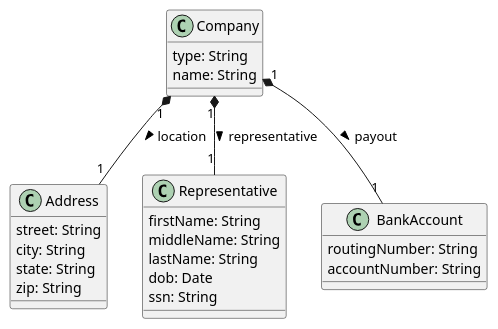
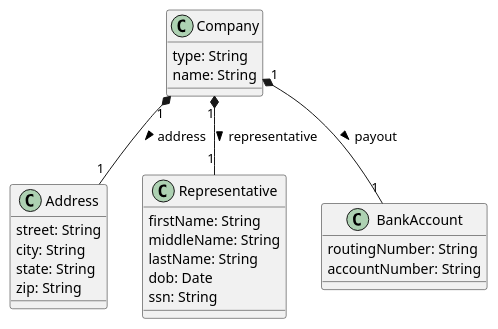
Before and after one commit to Kautenja/UIBankPayoutFlow: the diagram in UML/domain.puml, drawn with PlantUML. The commit also changed 12 other files, not shown here.

```diff
--- a/UML/domain.puml
+++ b/UML/domain.puml
@@ -1,31 +1,31 @@
 @startuml
 
 class Address {
   street: String
   city: String
   state: String
   zip: String
 }
 
 class Representative {
   firstName: String
   middleName: String
   lastName: String
   dob: Date
   ssn: String
 }
 
 class BankAccount {
   routingNumber: String
   accountNumber: String
 }
 
 class Company {
   type: String
   name: String
 }
-Company "1" *-- "1" Address: location >
+Company "1" *-- "1" Address: address >
 Company "1" *-- "1" Representative: representative >
 Company "1" *-- "1" BankAccount: payout >
 
 @enduml
```
